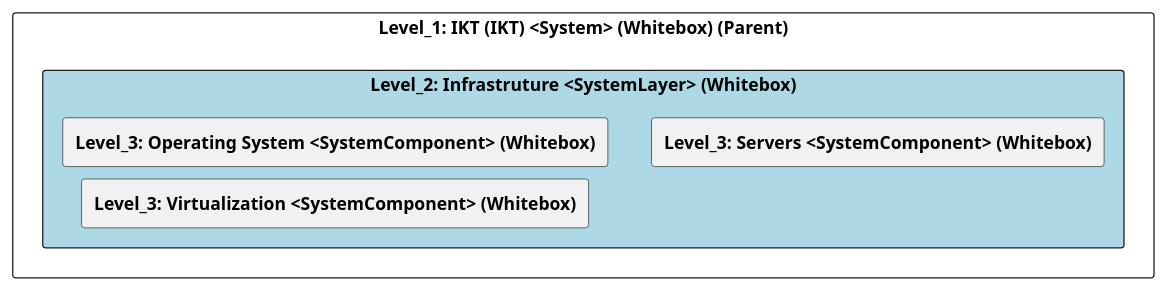
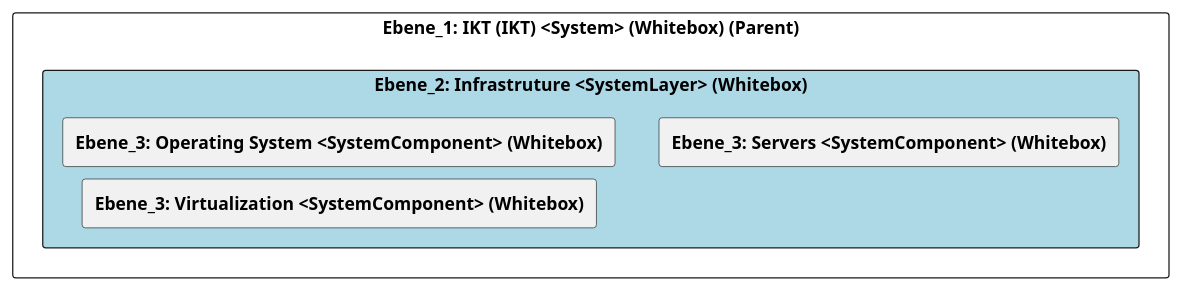
Before and after one commit to marcozwyssig/cleon: the diagram in src/cleon.architecturemethods.arc42.sample/doc/cleon_architecturemethods_arc42_sample_system/adoc/de/05_bausteinsicht/ikt/infrastruture/ebene_2_infrastruture.adoc, drawn with PlantUML. The commit also changed other lines of this file and 148 other files, not shown here.

```diff
--- a/src/cleon.architecturemethods.arc42.sample/doc/cleon_architecturemethods_arc42_sample_system/adoc/de/05_bausteinsicht/ikt/infrastruture/ebene_2_infrastruture.adoc
+++ b/src/cleon.architecturemethods.arc42.sample/doc/cleon_architecturemethods_arc42_sample_system/adoc/de/05_bausteinsicht/ikt/infrastruture/ebene_2_infrastruture.adoc
@@ -20,26 +20,26 @@
-[plantuml, Level_2: Infrastruture <SystemLayer> (Whitebox)BlockOverview, format="svg"]
+[plantuml, Ebene_2: Infrastruture <SystemLayer> (Whitebox)BlockOverview, format="svg"]
 ----
-@startuml Level_2: Infrastruture <SystemLayer> (Whitebox)BuildingBlockOverview
+@startuml Ebene_2: Infrastruture <SystemLayer> (Whitebox)BuildingBlockOverview
 
 skinparam ranksep 10
 skinparam componentStyle rectangle
 skinparam shadowing false
 skinparam arrowColor lightblue
 skinparam arrowThickness 1.2
 skinparam rectangle {
   BackgroundColor White
   BorderColor #333
   RoundCorner 10
 }
 top to bottom direction
 
-component "Level_1: IKT (IKT) <System> (Whitebox) (Parent)" {
-    component "Level_2: Infrastruture <SystemLayer> (Whitebox)" #lightblue {
-        [**Level_3: Operating System <SystemComponent> (Whitebox)**] as 07FC9046_BEE7_11EF_8DCB_A78DEF9EA3BD
-        [**Level_3: Servers <SystemComponent> (Whitebox)**] as 42DB7E7F_BEDF_11EF_B498_058EE446F8E7
-        [**Level_3: Virtualization <SystemComponent> (Whitebox)**] as 483100CA_BEDF_11EF_B498_058EE446F8E7
+component "Ebene_1: IKT (IKT) <System> (Whitebox) (Parent)" {
+    component "Ebene_2: Infrastruture <SystemLayer> (Whitebox)" #lightblue {
+        [**Ebene_3: Operating System <SystemComponent> (Whitebox)**] as 07FC9046_BEE7_11EF_8DCB_A78DEF9EA3BD
+        [**Ebene_3: Servers <SystemComponent> (Whitebox)**] as 42DB7E7F_BEDF_11EF_B498_058EE446F8E7
+        [**Ebene_3: Virtualization <SystemComponent> (Whitebox)**] as 483100CA_BEDF_11EF_B498_058EE446F8E7
     }
 }
 
 @enduml
 ----
```
